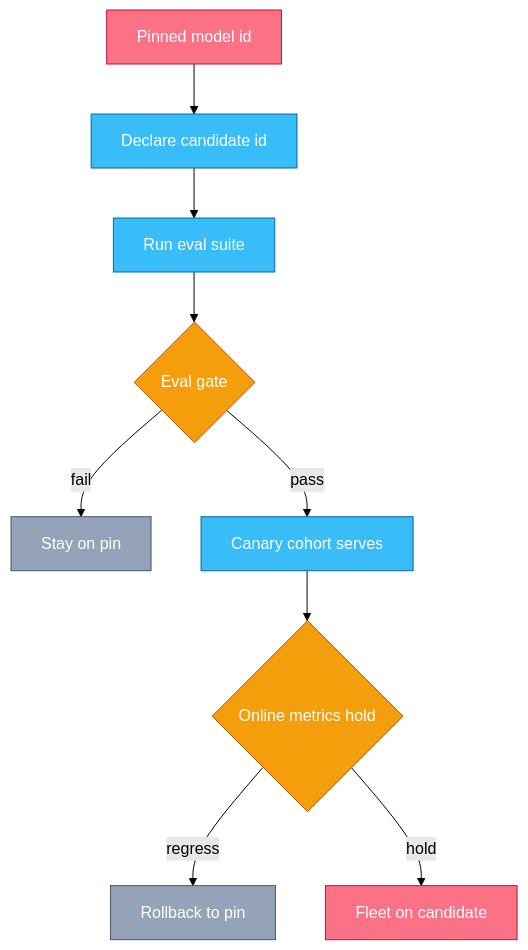
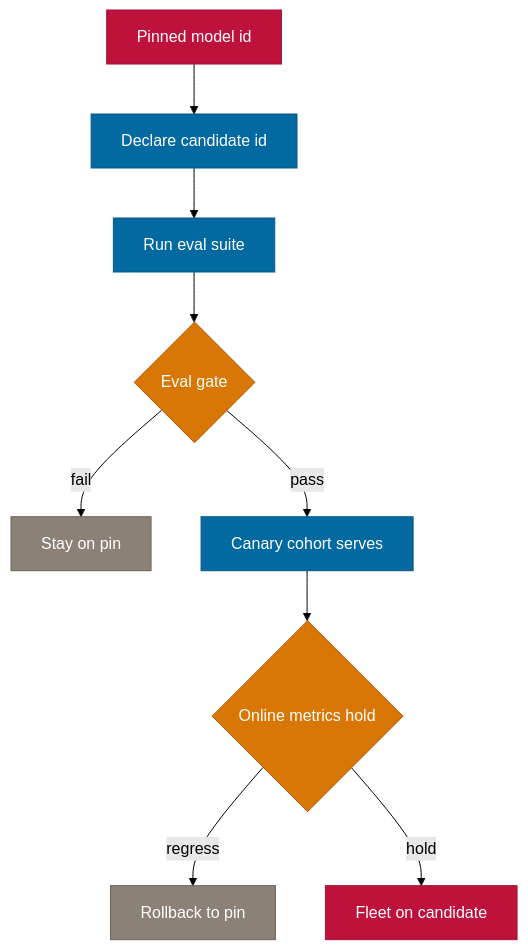
Before and after one commit to sanketsudake/agentic-engineering: the third of 3 diagrams in chapters/ch12.md, drawn with Mermaid (forest theme). The commit also changed other lines of this file and 23 other files, not shown here.

````diff
--- a/chapters/ch12.md
+++ b/chapters/ch12.md
@@ -238,19 +238,19 @@
 ```mermaid
 flowchart TD
   A[Pinned model id] --> B[Declare candidate id]
   B --> C[Run eval suite]
   C --> D{Eval gate}
   D -->|fail| H[Stay on pin]
   D -->|pass| E[Canary cohort serves]
   E --> F{Online metrics hold}
   F -->|regress| G[Rollback to pin]
   F -->|hold| I[Fleet on candidate]
-  classDef lease fill:#f59e0b,stroke:#b45309,color:#fff
-  classDef process fill:#38bdf8,stroke:#0369a1,color:#fff
-  classDef resource fill:#fb7185,stroke:#be123c,color:#fff
-  classDef standby fill:#94a3b8,stroke:#475569,color:#fff
+  classDef lease fill:#D97706,stroke:#B45309,color:#fff
+  classDef process fill:#0369A1,stroke:#075985,color:#fff
+  classDef resource fill:#BE123C,stroke:#9F1239,color:#fff
+  classDef standby fill:#8B8177,stroke:#6B6259,color:#fff
   class A,I resource
   class B,C,E process
   class D,F lease
   class G,H standby
 ```
````
